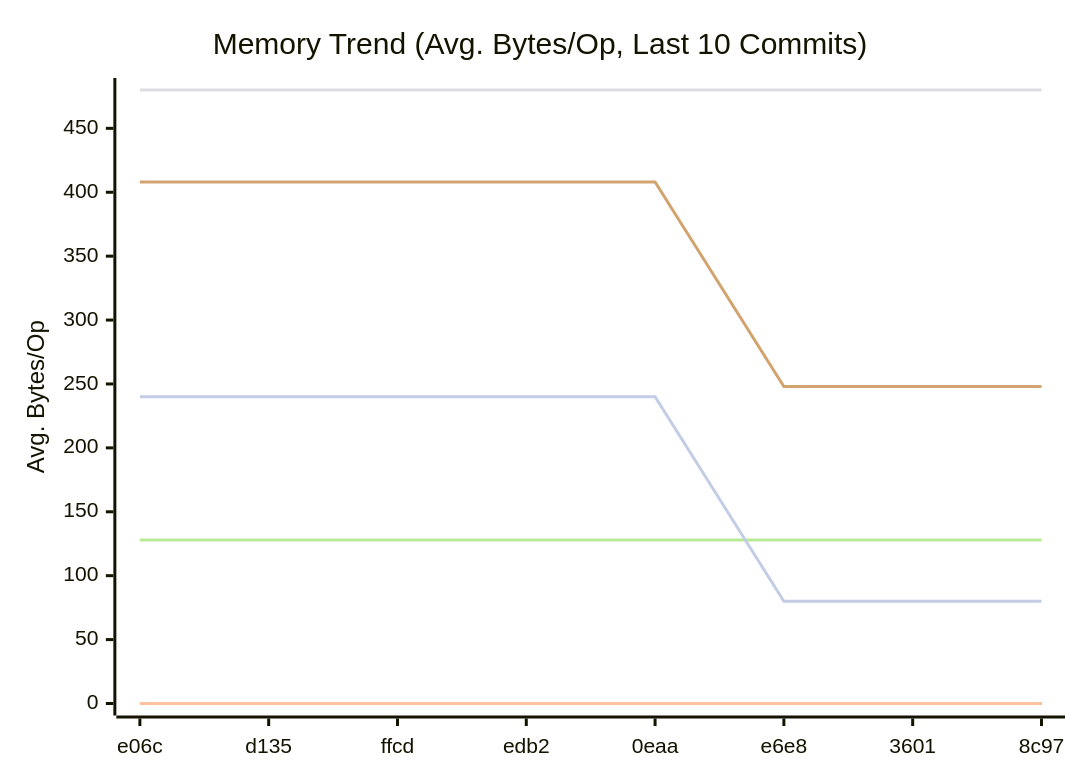
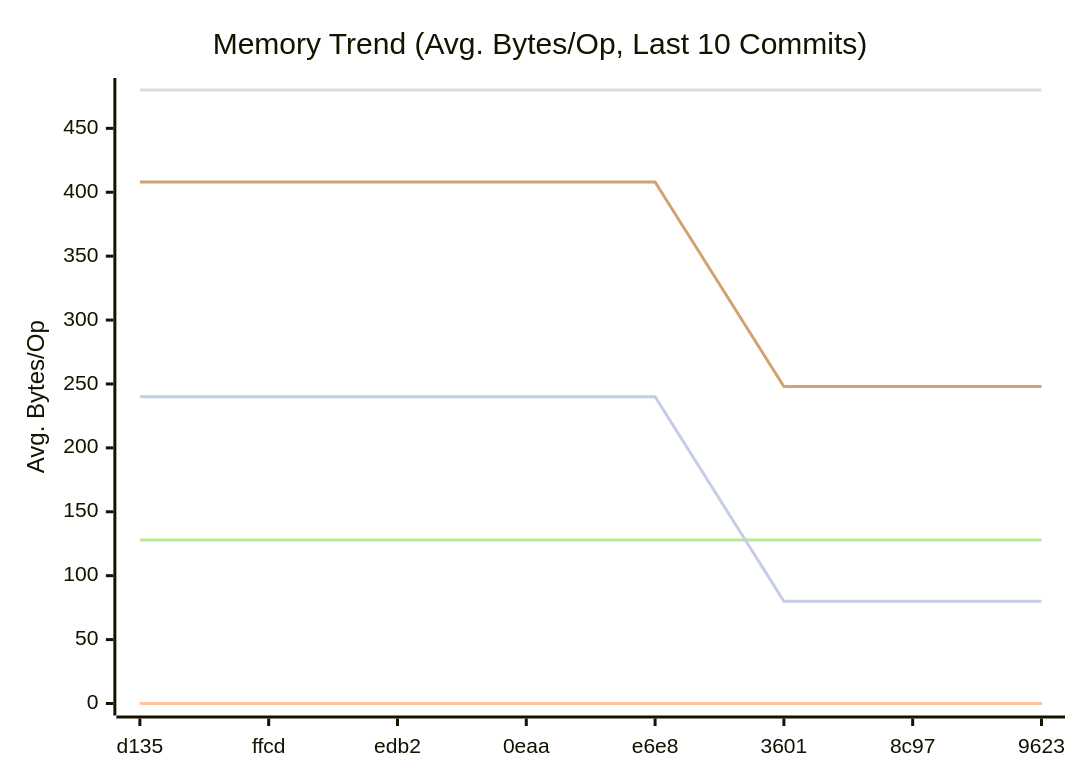
The second of 3 diagrams in docs/README.md (alsotoes/momo), drawn with Mermaid before and after one commit. The commit also changed other lines of this file and 1 other file, not shown here.

````diff
--- a/docs/README.md
+++ b/docs/README.md
@@ -318,14 +318,14 @@
 ```mermaid
 xychart-beta
     title "Memory Trend (Avg. Bytes/Op, Last 10 Commits)"
     x-axis "Commit"
     y-axis "Avg. Bytes/Op"
-    x-axis [e06c,d135,ffcd,edb2,0eaa,e6e8,3601,8c97]
+    x-axis [d135,ffcd,edb2,0eaa,e6e8,3601,8c97,9623]
     line "CheckMetricsAndSwap" [0,0,0,0,0,0,0,0,0,0]
     line "IndexDirectTracking" [0,0,0,0,0,0,0,0,0,0]
     line "IndexSearch" [0,0,0,0,0,0,0,0,0,0]
     line "LoadGlobalConfig" [480,480,480,480,480,480,480,480,480,480]
     line "PadString" [128,128,128,128,128,128,128,128,128,128]
     line "ParseReplicationOrder_NoPrealloc" [408,408,408,408,408,248,248,248,248,248]
     line "ParseReplicationOrder_Prealloc" [240,240,240,240,240,80,80,80,80,80]
 ```
````
